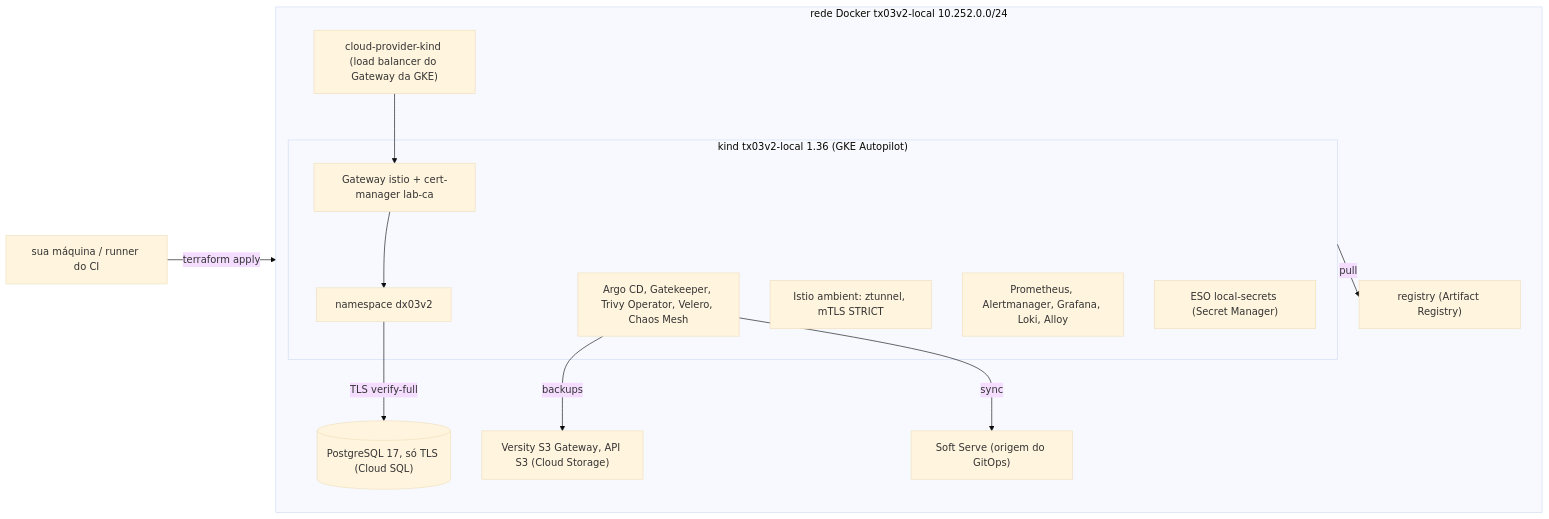
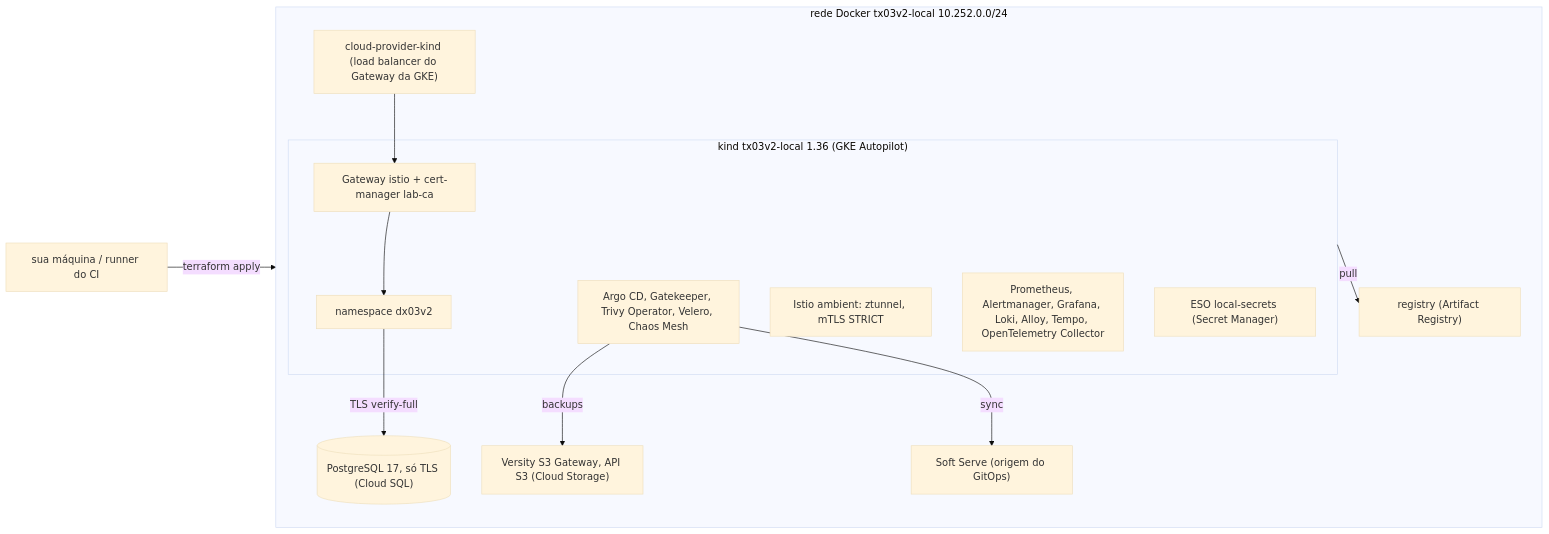
One commit to maringelix/tx03v2 changed the second of 2 diagrams in docs/ARQUITETURA.md. Above: the diagram before and after it, drawn with Mermaid (base theme). The commit also changed other lines of this file and 35 other files, not shown here.

First line of the commit message:
feat: OpenTelemetry traces, Slack alerts, chaos latency/stress (contract v2) (#6)

````diff
--- a/docs/ARQUITETURA.md
+++ b/docs/ARQUITETURA.md
@@ -58,24 +58,24 @@
 ```mermaid
 flowchart LR
   dev["sua máquina / runner do CI"] -->|terraform apply| net
   subgraph net["rede Docker tx03v2-local 10.252.0.0/24"]
     reg["registry (Artifact Registry)"]
     db[("PostgreSQL 17, só TLS (Cloud SQL)")]
     s3["Versity S3 Gateway, API S3 (Cloud Storage)"]
     git["Soft Serve (origem do GitOps)"]
     lb["cloud-provider-kind (load balancer do Gateway da GKE)"]
     subgraph kind["kind tx03v2-local 1.36 (GKE Autopilot)"]
       gw["Gateway istio + cert-manager lab-ca"]
       mesh["Istio ambient: ztunnel, mTLS STRICT"]
-      obs["Prometheus, Alertmanager, Grafana, Loki, Alloy"]
+      obs["Prometheus, Alertmanager, Grafana, Loki, Alloy, Tempo, OpenTelemetry Collector"]
       ops["Argo CD, Gatekeeper, Trivy Operator, Velero, Chaos Mesh"]
       eso["ESO local-secrets (Secret Manager)"]
       app["namespace dx03v2"]
     end
   end
   lb --> gw --> app
   app -->|TLS verify-full| db
   ops -->|backups| s3
   ops -->|sync| git
   kind -->|pull| reg
 ```
````
